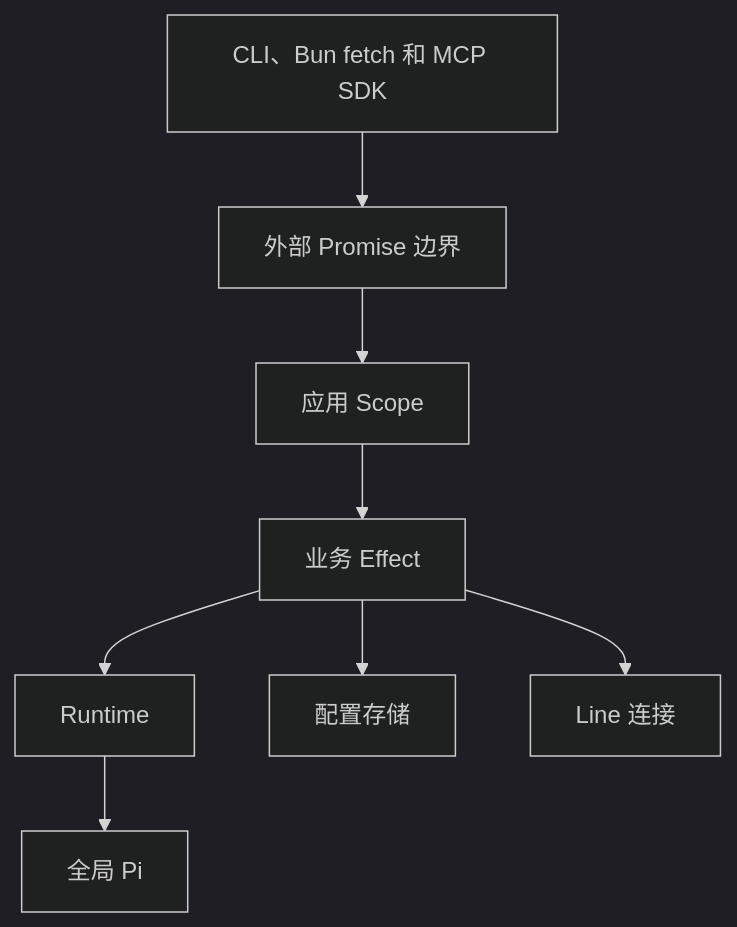
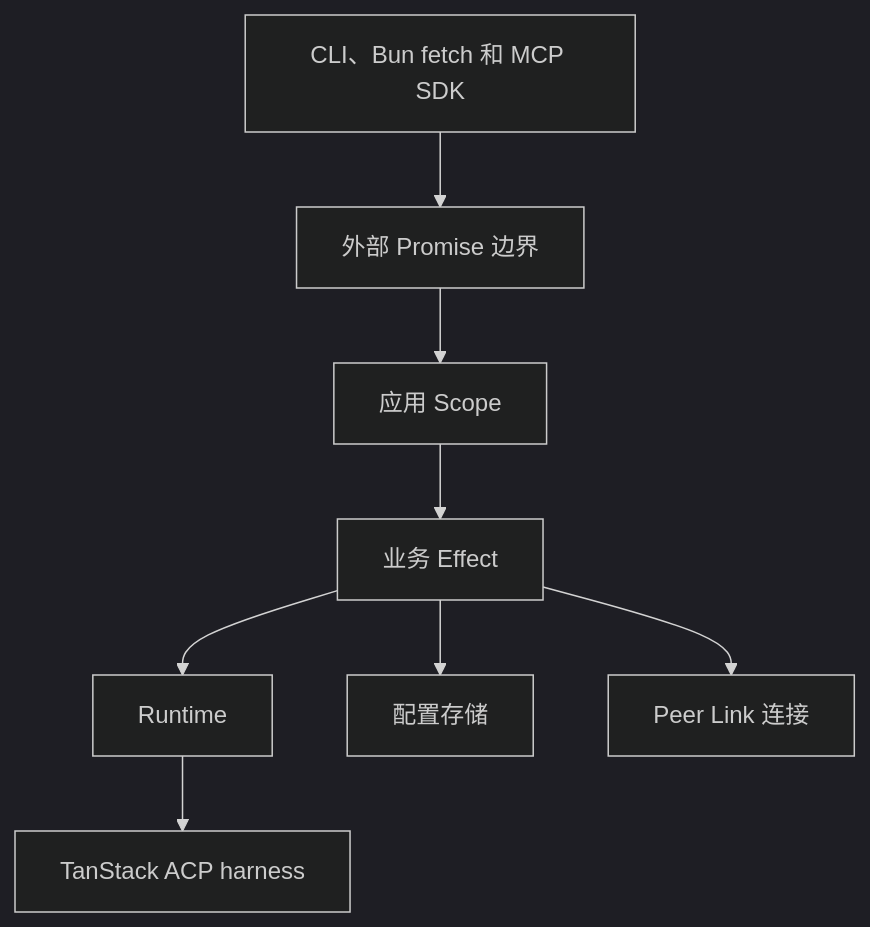
Before and after one commit to JinJieBeWater/qujing: the diagram in docs/effect-migration.md, drawn with Mermaid (dark theme). The commit also changed other lines of this file and 94 other files, not shown here.

````diff
--- a/docs/effect-migration.md
+++ b/docs/effect-migration.md
@@ -18,10 +18,10 @@
 ```mermaid
 flowchart TD
   A[CLI、Bun fetch 和 MCP SDK] --> B[外部 Promise 边界]
   B --> C[应用 Scope]
   C --> D[业务 Effect]
   D --> E[Runtime]
   D --> F[配置存储]
-  D --> G[Line 连接]
-  E --> H[全局 Pi]
+  D --> G[Peer Link 连接]
+  E --> H[TanStack ACP harness]
 ```
````
